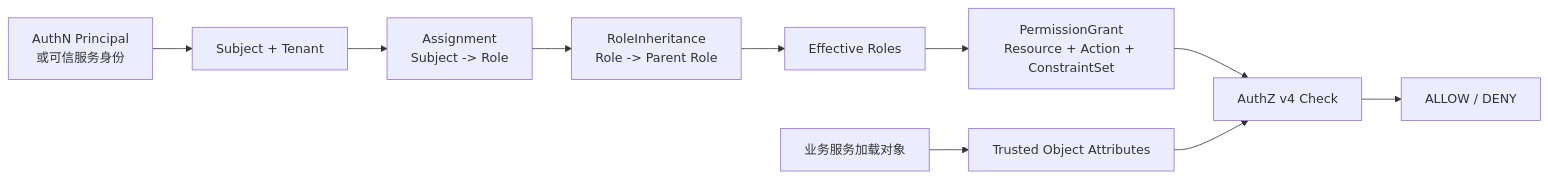
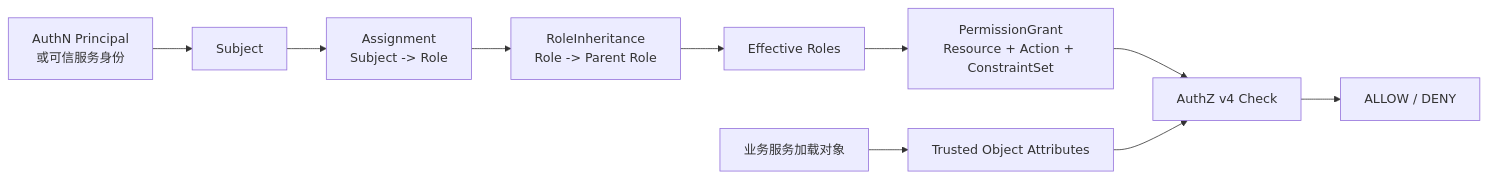
The diagram in docs/02-业务模块/03-AuthZ/00-模块总览.md (FangcunMount/iam-contracts), drawn with Mermaid before and after one commit. The commit also changed other lines of this file and 27 other files, not shown here.

````diff
--- a/docs/02-业务模块/03-AuthZ/00-模块总览.md
+++ b/docs/02-业务模块/03-AuthZ/00-模块总览.md
@@ -27,12 +27,12 @@
 ```mermaid
 flowchart LR
-  P[AuthN Principal\n或可信服务身份] --> S[Subject + Tenant]
+  P[AuthN Principal\n或可信服务身份] --> S[Subject]
   S --> A[Assignment\nSubject -> Role]
   A --> H[RoleInheritance\nRole -> Parent Role]
   H --> E[Effective Roles]
   E --> G[PermissionGrant\nResource + Action + ConstraintSet]
   O[业务服务加载对象] --> T[Trusted Object Attributes]
   G --> C[AuthZ v4 Check]
   T --> C
   C --> D[ALLOW / DENY]
 ```
````
